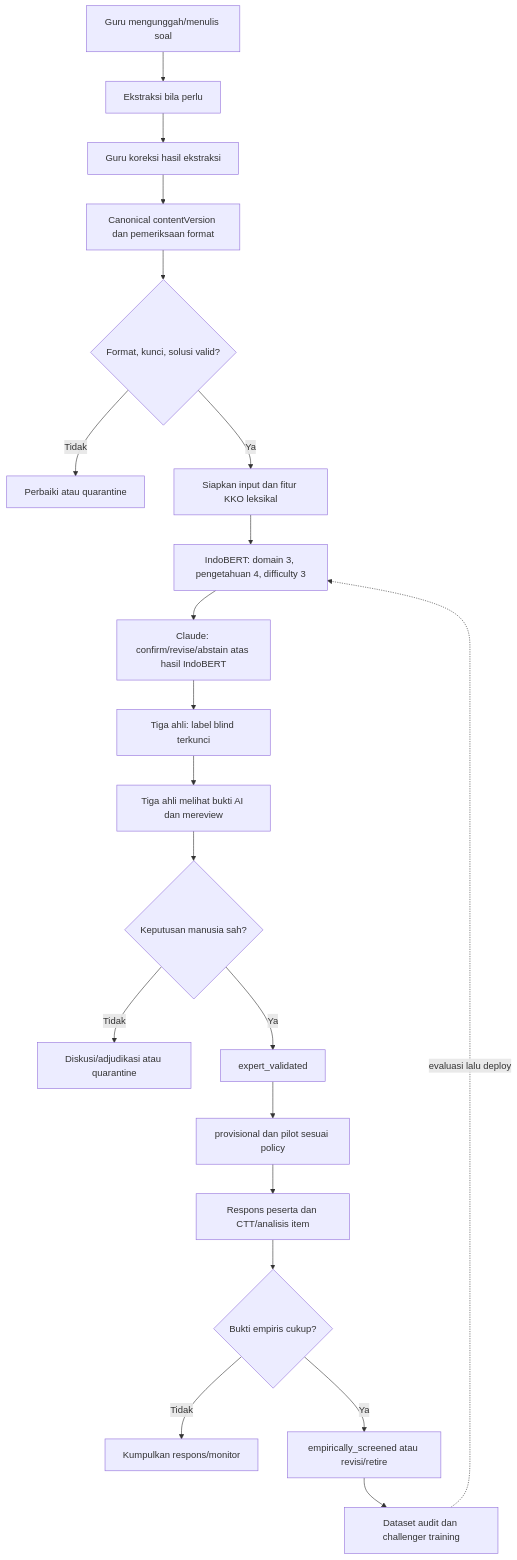
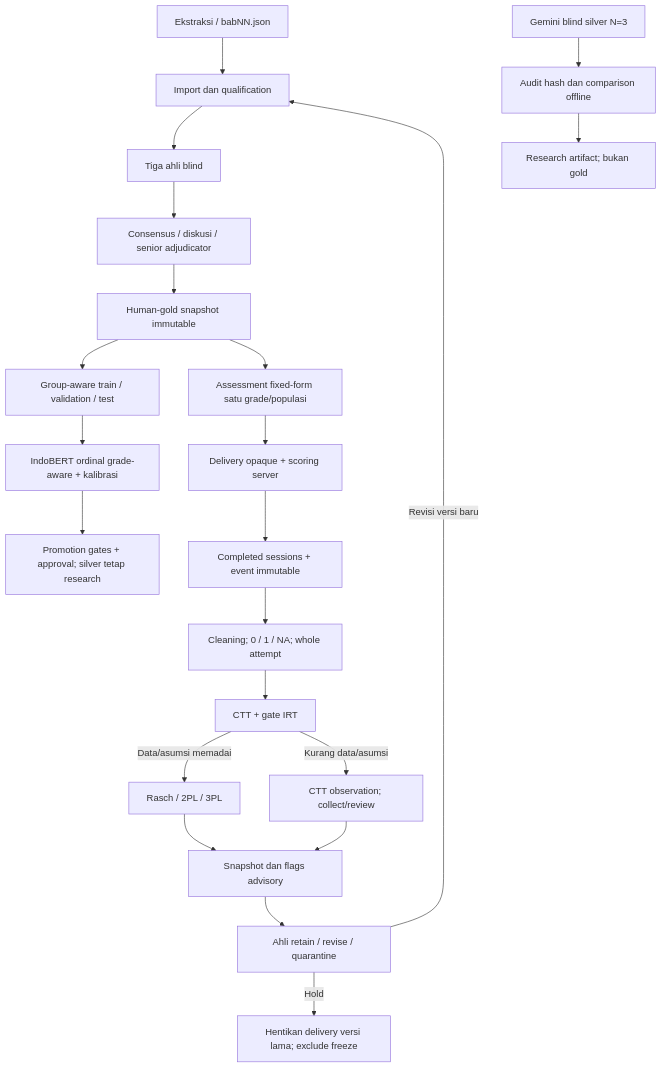
The diagram in API_DOCUMENTATION/15_AUTONOMOUS_AI_PSYCHOMETRIC_LEARNING_ARCHITECTURE.md (Project-Big-Data-26/assessment_service), drawn with Mermaid before and after one commit. The commit also changed other lines of this file and 306 other files, not shown here.

````diff
--- a/API_DOCUMENTATION/15_AUTONOMOUS_AI_PSYCHOMETRIC_LEARNING_ARCHITECTURE.md
+++ b/API_DOCUMENTATION/15_AUTONOMOUS_AI_PSYCHOMETRIC_LEARNING_ARCHITECTURE.md
@@ -23,23 +5,24 @@
 ```mermaid
 flowchart TD
- A[Guru mengunggah/menulis soal] --> B[Ekstraksi bila perlu]
- B --> C[Guru koreksi hasil ekstraksi]
- C --> D[Canonical contentVersion dan pemeriksaan format]
- D --> E{Format, kunci, solusi valid?}
- E -- Tidak --> Q[Perbaiki atau quarantine]
- E -- Ya --> F[Siapkan input dan fitur KKO leksikal]
- F --> G[IndoBERT: domain 3, pengetahuan 4, difficulty 3]
- G --> H[Claude: confirm/revise/abstain atas hasil IndoBERT]
- H --> I[Tiga ahli: label blind terkunci]
- I --> J[Tiga ahli melihat bukti AI dan mereview]
- J --> K{Keputusan manusia sah?}
- K -- Tidak --> R[Diskusi/adjudikasi atau quarantine]
- K -- Ya --> L[expert_validated]
- L --> M[provisional dan pilot sesuai policy]
- M --> N[Respons peserta dan CTT/analisis item]
- N --> O{Bukti empiris cukup?}
- O -- Tidak --> P[Kumpulkan respons/monitor]
- O -- Ya --> S[empirically_screened atau revisi/retire]
- S --> T[Dataset audit dan challenger training]
- T -. evaluasi lalu deploy .-> G
+  E[Ekstraksi / babNN.json] --> Q[Import dan qualification]
+  Q --> H[Tiga ahli blind]
+  H --> C[Consensus / diskusi / senior adjudicator]
+  C --> G[Human-gold snapshot immutable]
+  G --> T[Group-aware train / validation / test]
+  T --> I[IndoBERT ordinal grade-aware + kalibrasi]
+  I --> P[Promotion gates + approval; silver tetap research]
+  G --> A[Assessment fixed-form satu grade/populasi]
+  A --> D[Delivery opaque + scoring server]
+  D --> R[Completed sessions + event immutable]
+  R --> M[Cleaning; 0 / 1 / NA; whole attempt]
+  M --> B[CTT + gate IRT]
+  B -->|Data/asumsi memadai| F[Rasch / 2PL / 3PL]
+  B -->|Kurang data/asumsi| W[CTT observation; collect/review]
+  F --> X[Snapshot dan flags advisory]
+  W --> X
+  X --> V[Ahli retain / revise / quarantine]
+  V -->|Hold| S[Hentikan delivery versi lama; exclude freeze]
+  V -->|Revisi versi baru| Q
+  L[Gemini blind silver N=3] --> O[Audit hash dan comparison offline]
+  O --> N[Research artifact; bukan gold]
 ```
````
